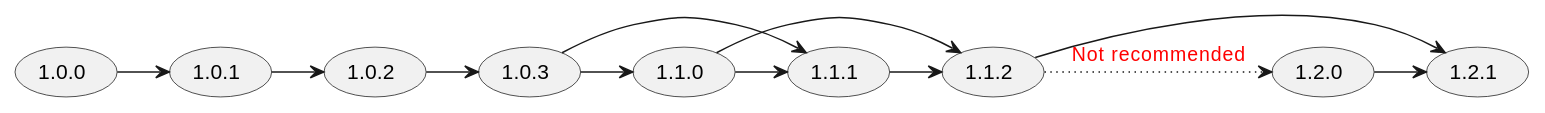
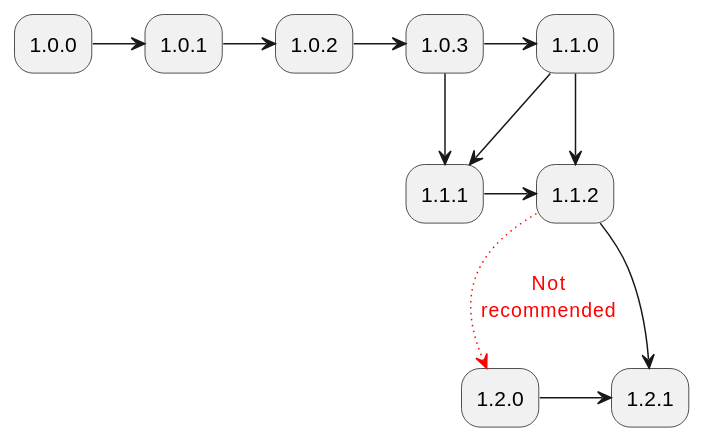
Before and after one commit to jhkrug/hw-diag: the ninth of 9 diagrams in docs/simon/simons-use-case.md, drawn with PlantUML. The commit also changed other lines of this file and 6 other files, not shown here.

First line of the commit message:
More with PlantUML on the upgrade paths example.

````diff
--- a/docs/simon/simons-use-case.md
+++ b/docs/simon/simons-use-case.md
@@ -209,15 +227,25 @@
 ```PlantUML
 @startuml
-  (1.0.0) -> (1.0.1)
-  (1.0.1) -> (1.0.2)
-  (1.0.2) -> (1.0.3)
-  (1.0.3) -> (1.1.0)
-  (1.0.3) -> (1.1.1)
-  (1.1.0) -> (1.1.1)
-  (1.1.0) -> (1.1.2)
-  (1.1.1) -> (1.1.2)
-  (1.1.2) -> (1.2.0) #line.dotted;text:red : Not recommended
-  (1.2.0) -> (1.2.1)
-  (1.1.2) -> (1.2.1)
-@endum
+    skinparam roundcorner 25
+    rectangle "1.0.0" as rel.1.0.0
+    rectangle "1.0.1" as rel.1.0.1
+    rectangle "1.0.2" as rel.1.0.2
+    rectangle "1.0.3" as rel.1.0.3
+    rectangle "1.1.0" as rel.1.1.0
+    rectangle "1.1.1" as rel.1.1.1
+    rectangle "1.1.2" as rel.1.1.2
+    rectangle "1.2.0" as rel.1.2.0
+    rectangle "1.2.1" as rel.1.2.1
+    rel.1.0.0 -> rel.1.0.1
+    rel.1.0.1 -> rel.1.0.2
+    rel.1.0.2 -> rel.1.0.3
+    rel.1.0.3 -> rel.1.1.0
+    rel.1.0.3 --> rel.1.1.1
+    rel.1.1.0 --> rel.1.1.1
+    rel.1.1.0 -> rel.1.1.2
+    rel.1.1.1 -> rel.1.1.2
+    rel.1.1.2 --> rel.1.2.0 #line.dotted;line:red;text:red : Not\nrecommended
+    rel.1.2.0 -> rel.1.2.1
+    rel.1.1.2 -> rel.1.2.1
+@enduml
 ```
````
